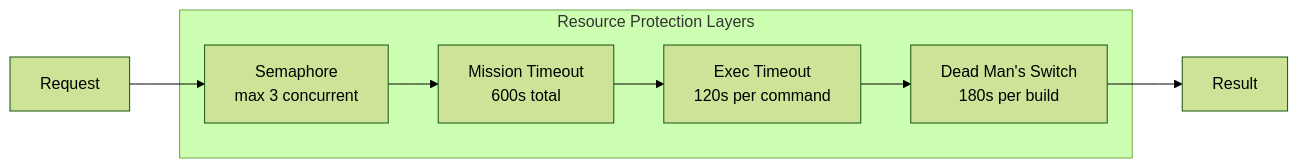
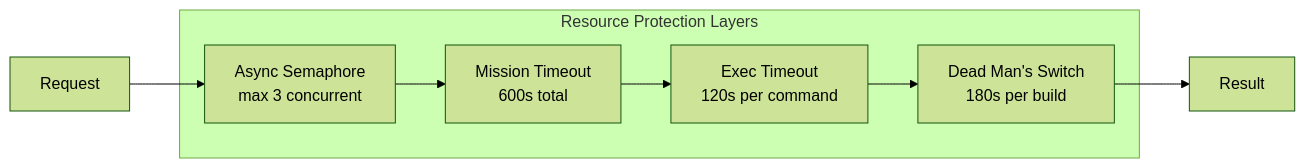
One commit to Jarvis2021/gantry changed the fourth of 4 diagrams in ARCHITECTURE.md. Above: the diagram before and after it, drawn with Mermaid (forest theme). The commit also changed other lines of this file and 6 other files, not shown here.

First line of the commit message:
feat: Complete FastAPI migration with V7.0 2026 architecture

````diff
--- a/ARCHITECTURE.md
+++ b/ARCHITECTURE.md
@@ -288,11 +339,11 @@
 ```mermaid
 flowchart LR
     subgraph Protection["Resource Protection Layers"]
-        Semaphore["Semaphore<br/>max 3 concurrent"]
+        Semaphore["Async Semaphore<br/>max 3 concurrent"]
         MissionTimeout["Mission Timeout<br/>600s total"]
         ExecTimeout["Exec Timeout<br/>120s per command"]
         DMS["Dead Man's Switch<br/>180s per build"]
     end
     
     Request --> Semaphore --> MissionTimeout --> ExecTimeout --> DMS --> Result
 ```
````
